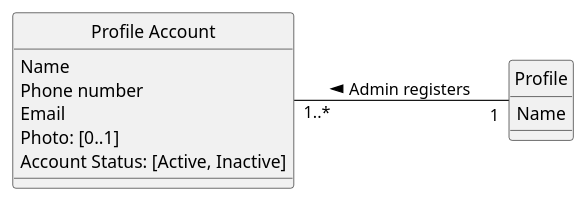
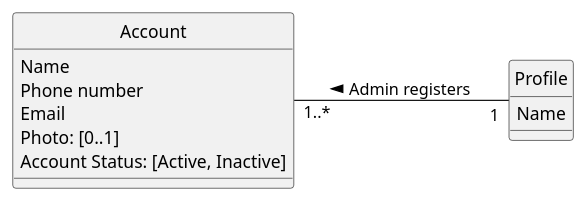
The diagram in docs/modelling_design/user_stories/us002/US002_RegisterUserDMD.puml (ivo-menezes/project_g3), drawn with PlantUML before and after one commit. The commit also changed 4 other files, not shown here.

```diff
--- a/docs/modelling_design/user_stories/us002/US002_RegisterUserDMD.puml
+++ b/docs/modelling_design/user_stories/us002/US002_RegisterUserDMD.puml
@@ -1,20 +1,20 @@
 @startuml
 skinparam style strictuml
 left to right direction
 skinparam groupInheritance 3
 
- class "Profile Account" {
+ class "Account" {
    Name
    Phone number
    Email
    Photo: [0..1]
    'the [0..1] in Photo indicates an optional value, see Craig 2004, p.121
    Account Status: [Active, Inactive]
  }
 
  class Profile {
  Name
  }
 
-"Profile Account" "1..*" -- "1" Profile: Admin registers <
+"Account" "1..*" -- "1" Profile: Admin registers <
 @enduml
```
